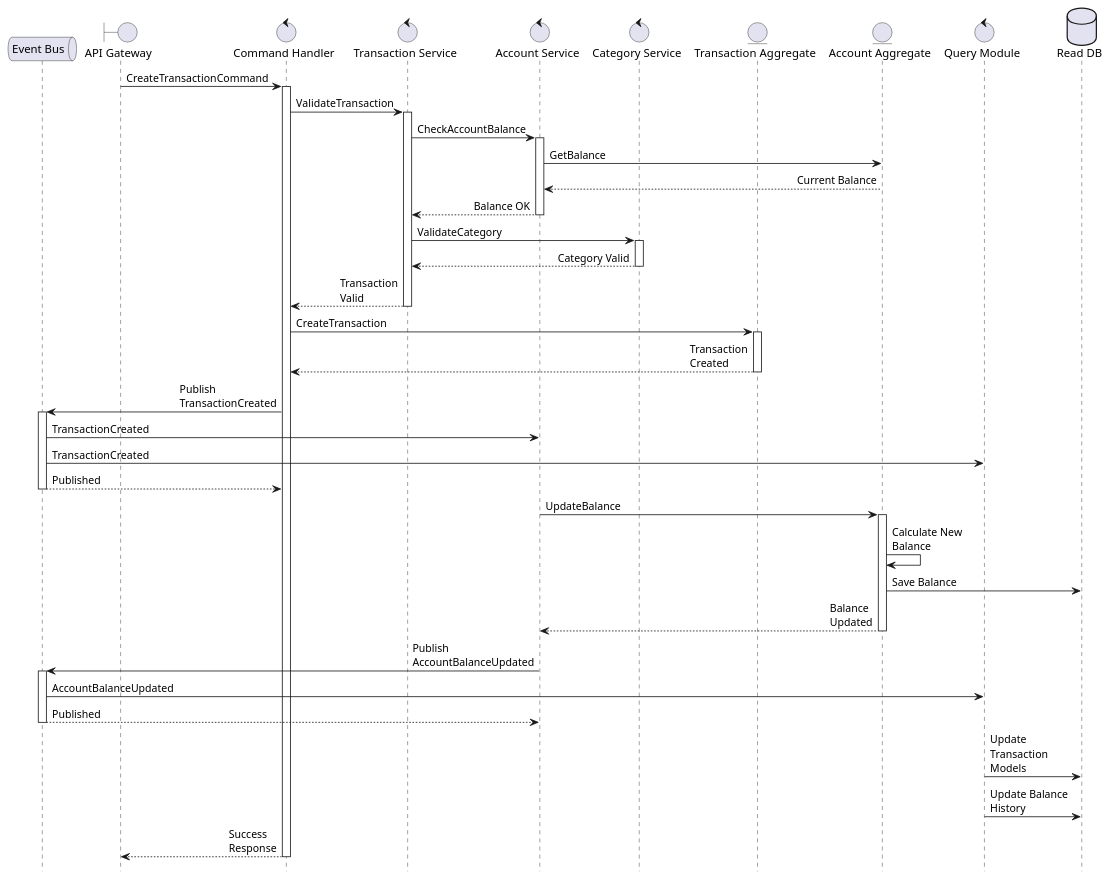
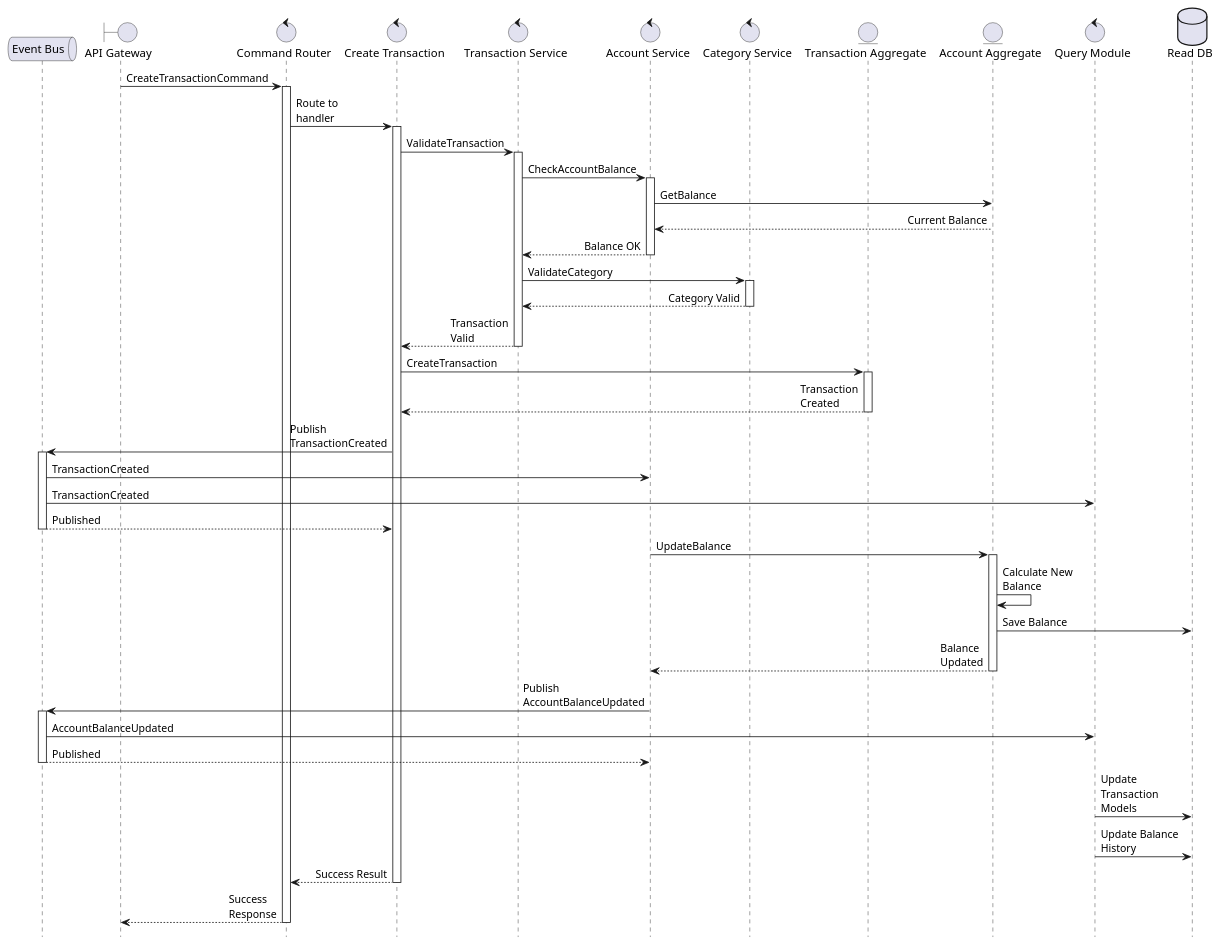
Before and after one commit to Osguima3/welz: the first of 4 diagrams in docs/model/sequence-diagrams.md, drawn with PlantUML. The commit also changed other lines of this file and 59 other files, not shown here.

````diff
--- a/docs/model/sequence-diagrams.md
+++ b/docs/model/sequence-diagrams.md
@@ -13,76 +13,81 @@
 ```plantuml
 @startuml
 !pragma teoz true
 skinparam responseMessageBelowArrow true
 skinparam sequenceMessageAlign direction
 skinparam maxMessageSize 100
 skinparam participantPadding 20
 skinparam boxPadding 10
 hide footbox
 
 ' Participant definitions
 queue       "Event Bus"              as EB
 boundary    "API Gateway"            as API
-control     "Command Handler"        as CH
+control     "Command Router"         as CR
+control     "Create Transaction"     as CT
 control     "Transaction Service"    as TS
 control     "Account Service"        as AS
 control     "Category Service"       as CS
 entity      "Transaction Aggregate"  as TA
 entity      "Account Aggregate"      as AA
 control     "Query Module"           as QM
 database    "Read DB"                as DB
 
 ' Flow
-API -> CH: CreateTransactionCommand
-activate CH
+API -> CR: CreateTransactionCommand
+activate CR
+CR -> CT: Route to handler
+activate CT
 
-CH -> TS: ValidateTransaction
+CT -> TS: ValidateTransaction
 activate TS
 
 TS -> AS: CheckAccountBalance
 activate AS
 AS -> AA: GetBalance
 AA --> AS: Current Balance
 AS --> TS: Balance OK
 deactivate AS
 
 TS -> CS: ValidateCategory
 activate CS
 CS --> TS: Category Valid
 deactivate CS
 
-TS --> CH: Transaction Valid
+TS --> CT: Transaction Valid
 deactivate TS
 
-CH -> TA: CreateTransaction
+CT -> TA: CreateTransaction
 activate TA
-TA --> CH: Transaction Created
+TA --> CT: Transaction Created
 deactivate TA
 
-CH -> EB: Publish TransactionCreated
+CT -> EB: Publish TransactionCreated
 activate EB
 EB -> AS: TransactionCreated
 EB -> QM: TransactionCreated
-EB --> CH: Published
+EB --> CT: Published
 deactivate EB
 
 AS -> AA: UpdateBalance
 activate AA
 AA -> AA: Calculate New Balance
 AA -> DB: Save Balance
 AA --> AS: Balance Updated
 deactivate AA
 
 AS -> EB: Publish AccountBalanceUpdated
 activate EB
 EB -> QM: AccountBalanceUpdated
 EB --> AS: Published
 deactivate EB
 
 QM -> DB: Update Transaction Models
 QM -> DB: Update Balance History
 
-CH --> API: Success Response
-deactivate CH
+CT --> CR: Success Result
+deactivate CT
+CR --> API: Success Response
+deactivate CR
 @enduml
 ```
````
